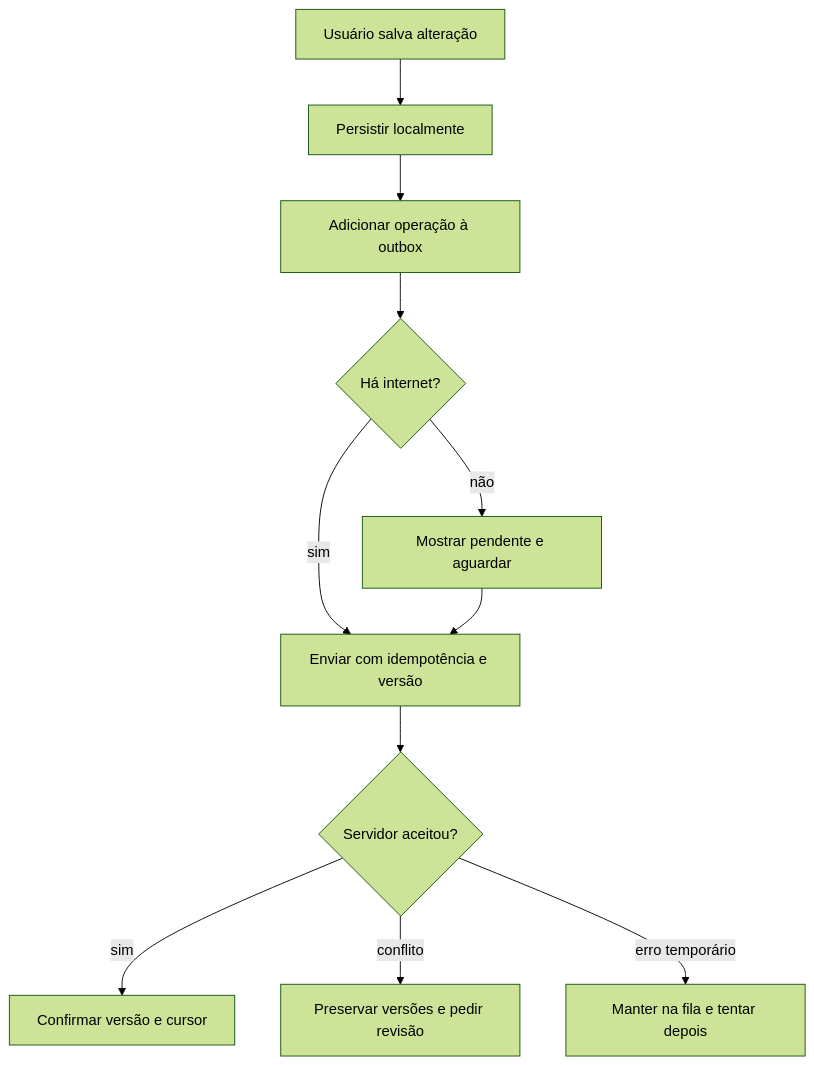
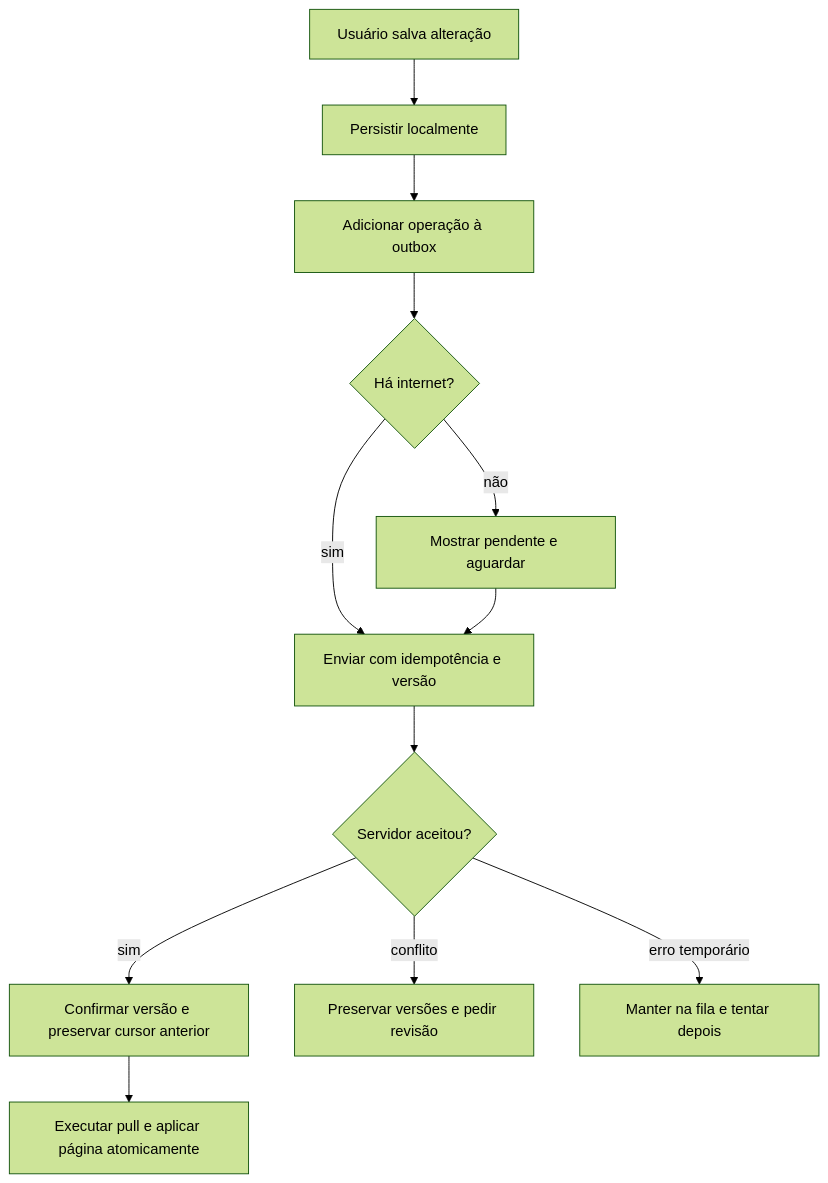
One commit to Ludsonfrancisco/finanpy changed the third of 3 diagrams in docs/superpowers/specs/2026-08-10-single-login-device-sync-design.md. Above: the diagram before and after it, drawn with Mermaid (forest theme). The commit also changed other lines of this file and 9 other files, not shown here.

````diff
--- a/docs/superpowers/specs/2026-08-10-single-login-device-sync-design.md
+++ b/docs/superpowers/specs/2026-08-10-single-login-device-sync-design.md
@@ -120,13 +123,14 @@
 ```mermaid
 flowchart TD
     A["Usuário salva alteração"] --> B["Persistir localmente"]
     B --> C["Adicionar operação à outbox"]
     C --> D{"Há internet?"}
     D -->|"não"| E["Mostrar pendente e aguardar"]
     D -->|"sim"| F["Enviar com idempotência e versão"]
     E --> F
     F --> G{"Servidor aceitou?"}
-    G -->|"sim"| H["Confirmar versão e cursor"]
+    G -->|"sim"| H["Confirmar versão e preservar cursor anterior"]
+    H --> K["Executar pull e aplicar página atomicamente"]
     G -->|"conflito"| I["Preservar versões e pedir revisão"]
     G -->|"erro temporário"| J["Manter na fila e tentar depois"]
 ```
````
